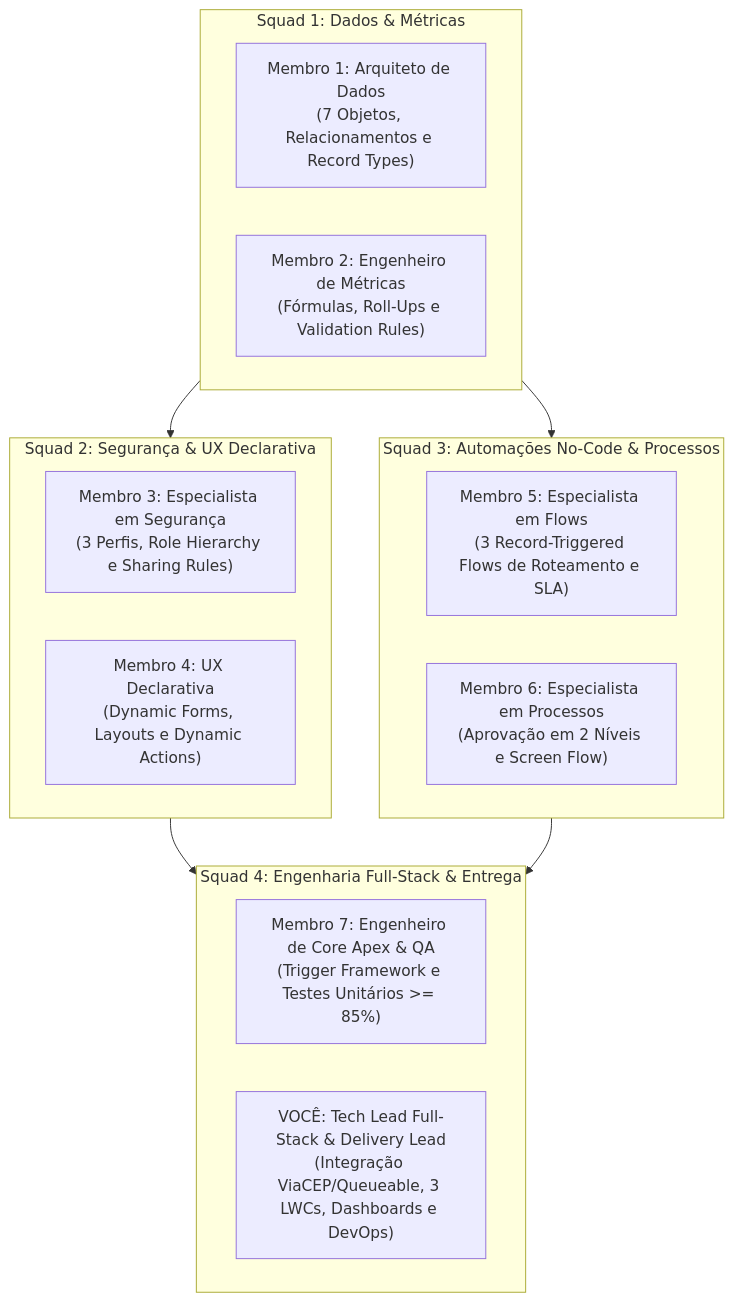
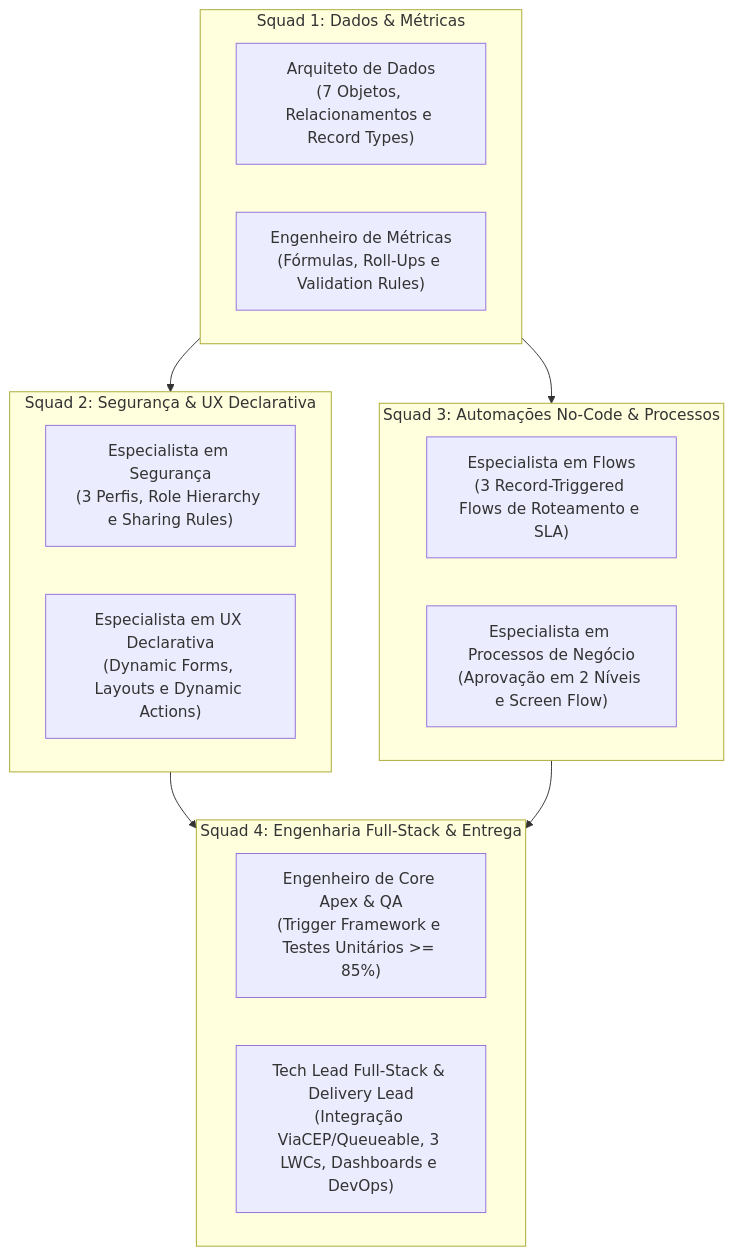
One commit to vdornelass/geolead-ai changed the third of 3 diagrams in README.md. Above: the diagram before and after it, drawn with Mermaid. The commit also changed other lines of this file and 1 other file, not shown here.

````diff
--- a/README.md
+++ b/README.md
@@ -131,26 +131,26 @@
 ```mermaid
 graph TD
     subgraph S1 ["Squad 1: Dados & Métricas"]
-        M1["Membro 1: Arquiteto de Dados<br/>(7 Objetos, Relacionamentos e Record Types)"]
-        M2["Membro 2: Engenheiro de Métricas<br/>(Fórmulas, Roll-Ups e Validation Rules)"]
+        R1["Arquiteto de Dados<br/>(7 Objetos, Relacionamentos e Record Types)"]
+        R2["Engenheiro de Métricas<br/>(Fórmulas, Roll-Ups e Validation Rules)"]
     end
 
     subgraph S2 ["Squad 2: Segurança & UX Declarativa"]
-        M3["Membro 3: Especialista em Segurança<br/>(3 Perfis, Role Hierarchy e Sharing Rules)"]
-        M4["Membro 4: UX Declarativa<br/>(Dynamic Forms, Layouts e Dynamic Actions)"]
+        R3["Especialista em Segurança<br/>(3 Perfis, Role Hierarchy e Sharing Rules)"]
+        R4["Especialista em UX Declarativa<br/>(Dynamic Forms, Layouts e Dynamic Actions)"]
     end
 
     subgraph S3 ["Squad 3: Automações No-Code & Processos"]
-        M5["Membro 5: Especialista em Flows<br/>(3 Record-Triggered Flows de Roteamento e SLA)"]
-        M6["Membro 6: Especialista em Processos<br/>(Aprovação em 2 Níveis e Screen Flow)"]
+        R5["Especialista em Flows<br/>(3 Record-Triggered Flows de Roteamento e SLA)"]
+        R6["Especialista em Processos de Negócio<br/>(Aprovação em 2 Níveis e Screen Flow)"]
     end
 
     subgraph S4 ["Squad 4: Engenharia Full-Stack & Entrega"]
-        M7["Membro 7: Engenheiro de Core Apex & QA<br/>(Trigger Framework e Testes Unitários >= 85%)"]
-        VOCE["VOCÊ: Tech Lead Full-Stack & Delivery Lead<br/>(Integração ViaCEP/Queueable, 3 LWCs, Dashboards e DevOps)"]
+        R7["Engenheiro de Core Apex & QA<br/>(Trigger Framework e Testes Unitários >= 85%)"]
+        R8["Tech Lead Full-Stack & Delivery Lead<br/>(Integração ViaCEP/Queueable, 3 LWCs, Dashboards e DevOps)"]
     end
 
     S1 --> S2
     S1 --> S3
     S2 & S3 --> S4
 ```
````
